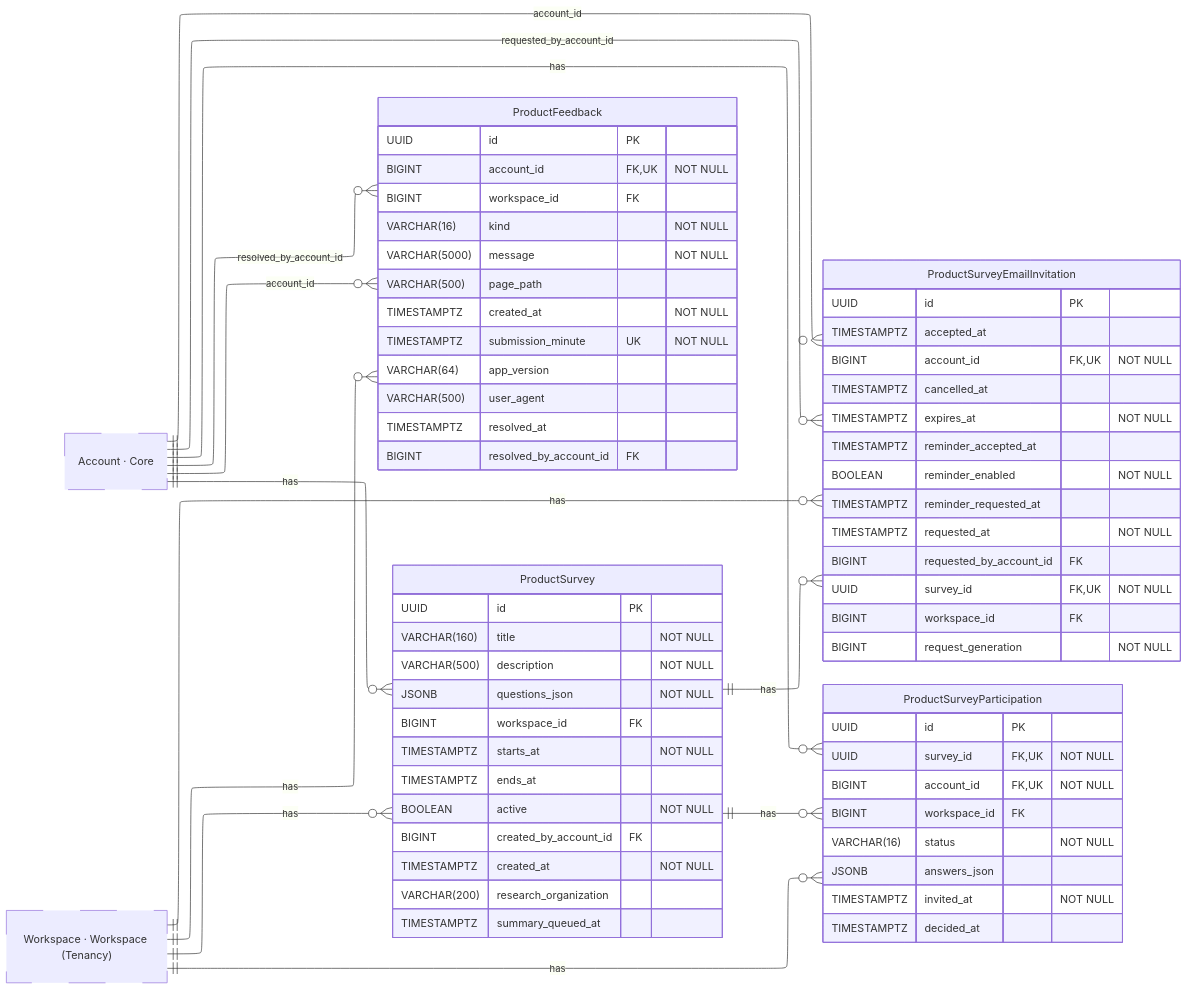
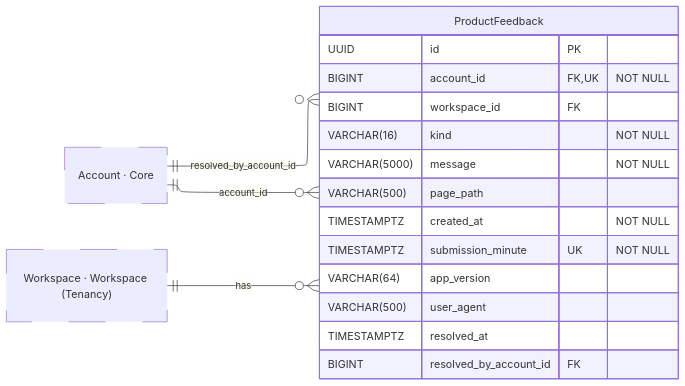
Before and after one commit to hephaestus-build/Hephaestus: the diagram in docs/contributor/erd/productfeedback.mmd, drawn with Mermaid. The commit also changed 14 other files, not shown here.

```diff
--- a/docs/contributor/erd/productfeedback.mmd
+++ b/docs/contributor/erd/productfeedback.mmd
@@ -1,94 +1,43 @@
 ---
 config:
     layout: elk
 ---
 erDiagram
     %% Generated automatically from PostgreSQL database schema
     %% using scripts/generate-mermaid-erd.ts
     %% To regenerate: vp run db:generate-erd-docs
 
     direction LR
 
     ProductFeedback {
         UUID id PK
         BIGINT account_id FK,UK "NOT NULL"
         BIGINT workspace_id FK
         VARCHAR(16) kind "NOT NULL"
         VARCHAR(5000) message "NOT NULL"
         VARCHAR(500) page_path
         TIMESTAMPTZ created_at "NOT NULL"
         TIMESTAMPTZ submission_minute UK "NOT NULL"
         VARCHAR(64) app_version
         VARCHAR(500) user_agent
         TIMESTAMPTZ resolved_at
         BIGINT resolved_by_account_id FK
     }
 
-    ProductSurvey {
-        UUID id PK
-        VARCHAR(160) title "NOT NULL"
-        VARCHAR(500) description "NOT NULL"
-        JSONB questions_json "NOT NULL"
-        BIGINT workspace_id FK
-        TIMESTAMPTZ starts_at "NOT NULL"
-        TIMESTAMPTZ ends_at
-        BOOLEAN active "NOT NULL"
-        BIGINT created_by_account_id FK
-        TIMESTAMPTZ created_at "NOT NULL"
-        VARCHAR(200) research_organization
-        TIMESTAMPTZ summary_queued_at
-    }
-
-    ProductSurveyEmailInvitation {
-        UUID id PK
-        TIMESTAMPTZ accepted_at
-        BIGINT account_id FK,UK "NOT NULL"
-        TIMESTAMPTZ cancelled_at
-        TIMESTAMPTZ expires_at "NOT NULL"
-        TIMESTAMPTZ reminder_accepted_at
-        BOOLEAN reminder_enabled "NOT NULL"
-        TIMESTAMPTZ reminder_requested_at
-        TIMESTAMPTZ requested_at "NOT NULL"
-        BIGINT requested_by_account_id FK
-        UUID survey_id FK,UK "NOT NULL"
-        BIGINT workspace_id FK
-        BIGINT request_generation "NOT NULL"
-    }
-
-    ProductSurveyParticipation {
-        UUID id PK
-        UUID survey_id FK,UK "NOT NULL"
-        BIGINT account_id FK,UK "NOT NULL"
-        BIGINT workspace_id FK
-        VARCHAR(16) status "NOT NULL"
-        JSONB answers_json
-        TIMESTAMPTZ invited_at "NOT NULL"
-        TIMESTAMPTZ decided_at
-    }
-
     Account["Account · Core"]
     Workspace["Workspace · Workspace (Tenancy)"]
 
     %% Relationships
     %% One-to-Many relationships
     Account ||--o{ ProductFeedback : account_id
     Account ||--o{ ProductFeedback : resolved_by_account_id
     Workspace ||--o{ ProductFeedback : has
-    Account ||--o{ ProductSurvey : has
-    Workspace ||--o{ ProductSurvey : has
-    Account ||--o{ ProductSurveyEmailInvitation : account_id
-    Account ||--o{ ProductSurveyEmailInvitation : requested_by_account_id
-    ProductSurvey ||--o{ ProductSurveyEmailInvitation : has
-    Workspace ||--o{ ProductSurveyEmailInvitation : has
-    Account ||--o{ ProductSurveyParticipation : has
-    ProductSurvey ||--o{ ProductSurveyParticipation : has
-    Workspace ||--o{ ProductSurveyParticipation : has
 
     %% Styling
     classDef primaryEntity stroke:#0288d1,stroke-width:2px
     classDef associationEntity stroke:#8e24aa,stroke-width:2px
     classDef metadataEntity stroke:#43a047,stroke-width:2px
     classDef referenceEntity stroke-dasharray:5 5
 
     class Account referenceEntity
     class Workspace referenceEntity
```
